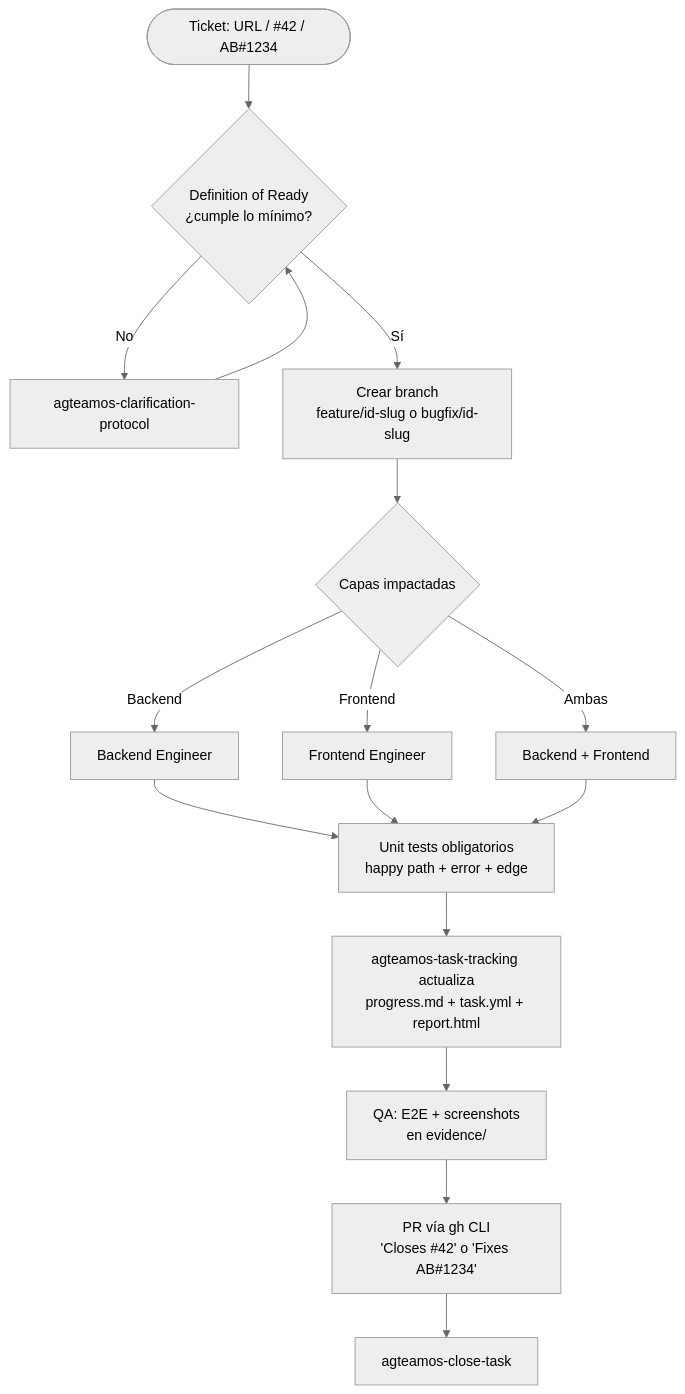
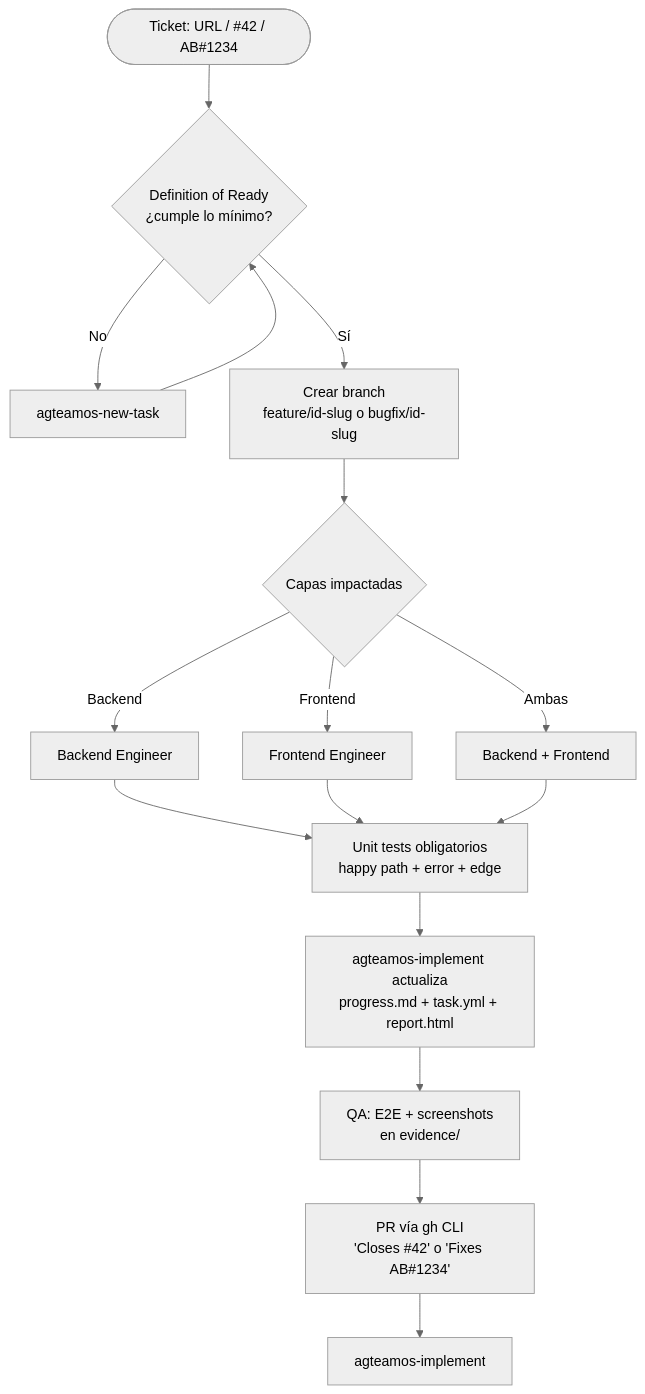
One commit to EJBereguete/claude-plugins changed the second of 2 diagrams in agteamos/docs/guias/crear-y-cerrar-una-tarea.md. Above: the diagram before and after it, drawn with Mermaid (neutral theme). The commit also changed other lines of this file and 134 other files, not shown here.

````diff
--- a/agteamos/docs/guias/crear-y-cerrar-una-tarea.md
+++ b/agteamos/docs/guias/crear-y-cerrar-una-tarea.md
@@ -43,16 +43,16 @@
 ```mermaid
 flowchart TD
     START(["Ticket: URL / #42 / AB#1234"]) --> DOR{"Definition of Ready\n¿cumple lo mínimo?"}
-    DOR -->|No| CLARIFY[agteamos-clarification-protocol]
+    DOR -->|No| CLARIFY[agteamos-new-task]
     CLARIFY --> DOR
     DOR -->|Sí| BRANCH["Crear branch\nfeature/id-slug o bugfix/id-slug"]
     BRANCH --> LAYERS{Capas impactadas}
     LAYERS -->|Backend| BE[Backend Engineer]
     LAYERS -->|Frontend| FE[Frontend Engineer]
     LAYERS -->|Ambas| BOTH[Backend + Frontend]
     BE & FE & BOTH --> TESTS["Unit tests obligatorios\nhappy path + error + edge"]
-    TESTS --> TRACK["agteamos-task-tracking actualiza\nprogress.md + task.yml + report.html"]
+    TESTS --> TRACK["agteamos-implement actualiza\nprogress.md + task.yml + report.html"]
     TRACK --> E2E["QA: E2E + screenshots\nen evidence/"]
     E2E --> PR["PR vía gh CLI\n'Closes #42' o 'Fixes AB#1234'"]
-    PR --> CLOSE[agteamos-close-task]
+    PR --> CLOSE[agteamos-implement]
 ```
````
